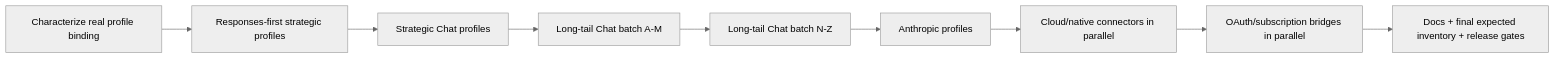
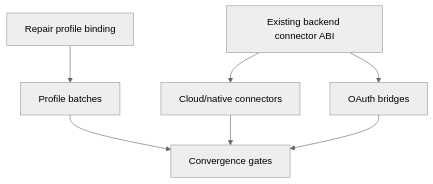
Before and after one commit to matdev83/go-llm-interactive-proxy: the fifth of 5 diagrams in .kiro/specs/bulk-inference-provider-expansion/design.md, drawn with Mermaid (neutral theme). The commit also changed other lines of this file and 4 other files, not shown here.

````diff
--- a/.kiro/specs/bulk-inference-provider-expansion/design.md
+++ b/.kiro/specs/bulk-inference-provider-expansion/design.md
@@ -698,11 +733,9 @@
 ```mermaid
-flowchart LR
-    A[Characterize real profile binding] --> B[Responses-first strategic profiles]
-    B --> C[Strategic Chat profiles]
-    C --> D[Long-tail Chat batch A-M]
-    D --> E[Long-tail Chat batch N-Z]
-    E --> F[Anthropic profiles]
-    F --> G[Cloud/native connectors in parallel]
-    G --> H[OAuth/subscription bridges in parallel]
-    H --> I[Docs + final expected inventory + release gates]
+flowchart TD
+    A[Repair profile binding] --> B[Profile batches]
+    C[Existing backend connector ABI] --> D[Cloud/native connectors]
+    C --> E[OAuth bridges]
+    B --> F[Convergence gates]
+    D --> F
+    E --> F
 ```
````
